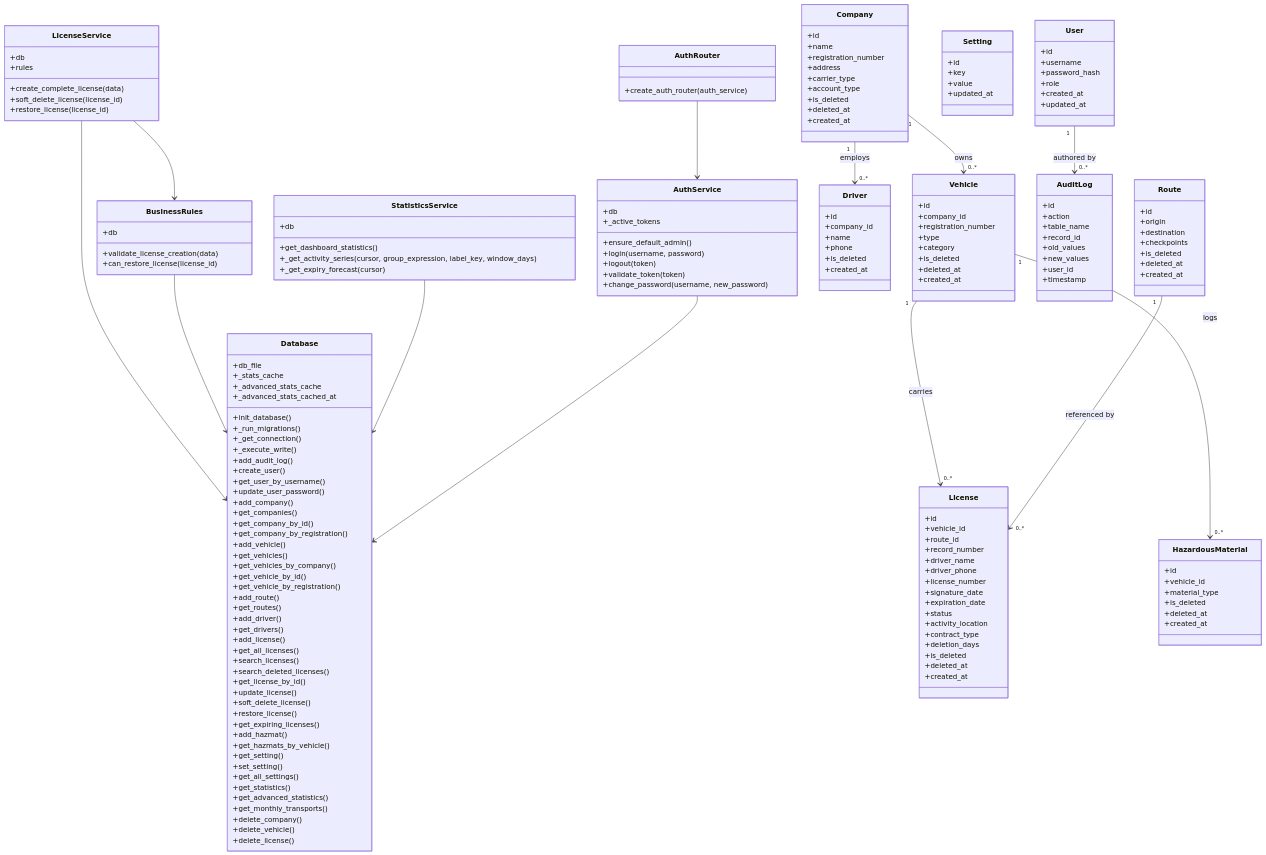
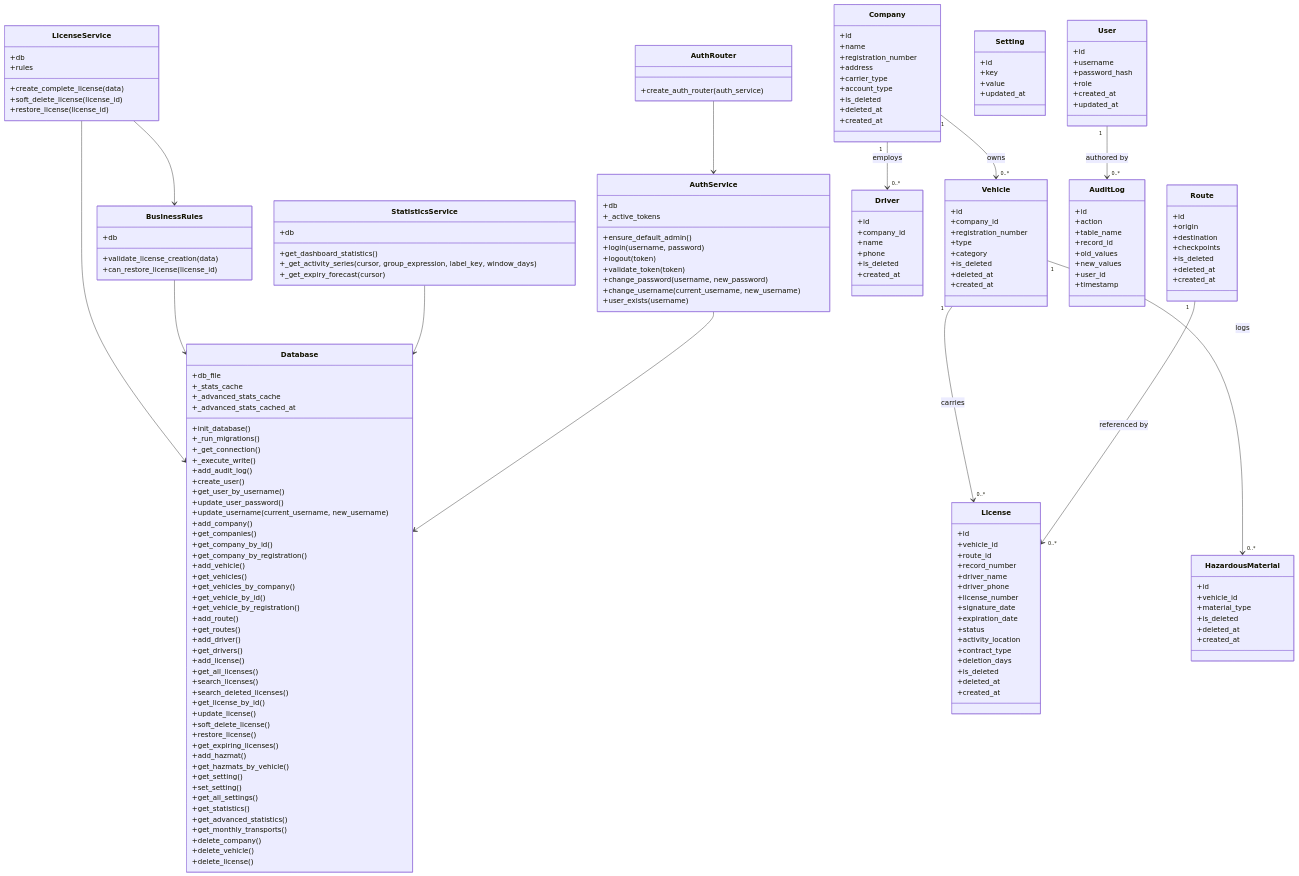
Before and after one commit to raouf-bendahmouche/hazmate: the fourth of 4 diagrams in docs/system_architecture.md, drawn with Mermaid. The commit also changed other lines of this file and 8 other files, not shown here.

```diff
--- a/docs/system_architecture.md
+++ b/docs/system_architecture.md
@@ -237,6 +237,7 @@
 		+create_user()
 		+get_user_by_username()
 		+update_user_password()
+		+update_username(current_username, new_username)
 		+add_company()
 		+get_companies()
 		+get_company_by_id()
@@ -280,6 +281,8 @@
 		+logout(token)
 		+validate_token(token)
 		+change_password(username, new_password)
+		+change_username(current_username, new_username)
+		+user_exists(username)
 	}
 
 	class AuthRouter {
```
